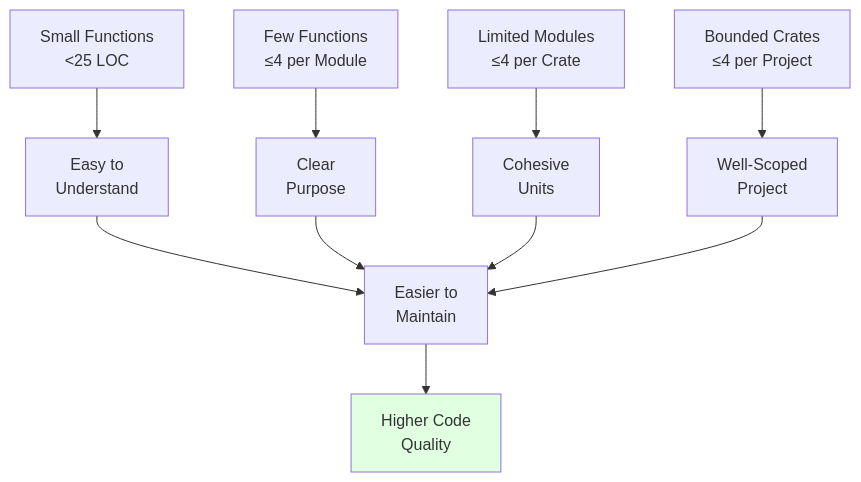
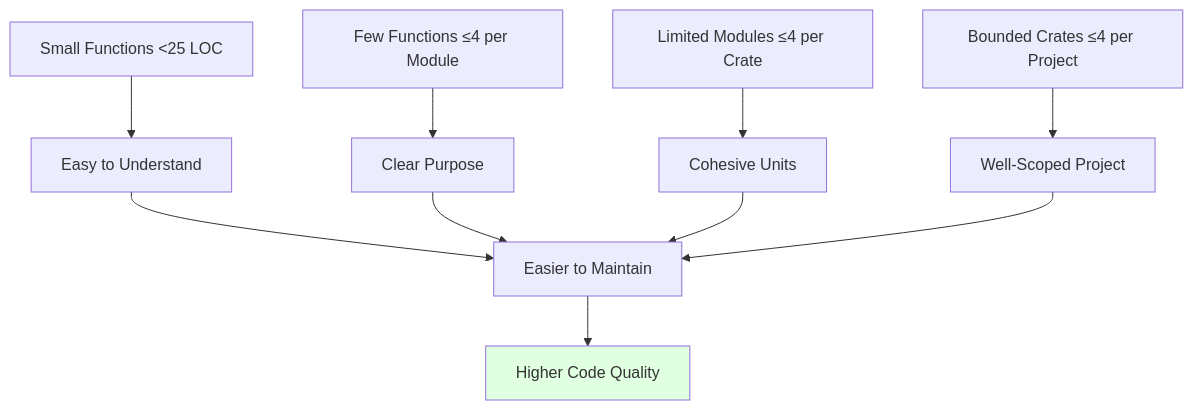
The first of 3 diagrams in wiki/Modularity-Checks.md (softwarewrighter/sw-checklist), drawn with Mermaid before and after one commit. The commit also changed other lines of this file and 7 other files, not shown here.

````diff
--- a/wiki/Modularity-Checks.md
+++ b/wiki/Modularity-Checks.md
@@ -13,16 +13,16 @@
 ```mermaid
 graph TD
-    Small[Small Functions<br/><25 LOC] --> Easy[Easy to<br/>Understand]
-    Few[Few Functions<br/>≤4 per Module] --> Clear[Clear<br/>Purpose]
-    Limited[Limited Modules<br/>≤4 per Crate] --> Cohesive[Cohesive<br/>Units]
-    Bounded[Bounded Crates<br/>≤4 per Project] --> Scoped[Well-Scoped<br/>Project]
+    Small[Small Functions <25 LOC] --> Easy[Easy to Understand]
+    Few[Few Functions ≤4 per Module] --> Clear[Clear Purpose]
+    Limited[Limited Modules ≤4 per Crate] --> Cohesive[Cohesive Units]
+    Bounded[Bounded Crates ≤4 per Project] --> Scoped[Well-Scoped Project]
 
-    Easy --> Maintain[Easier to<br/>Maintain]
+    Easy --> Maintain[Easier to Maintain]
     Clear --> Maintain
     Cohesive --> Maintain
     Scoped --> Maintain
 
-    Maintain --> Quality[Higher Code<br/>Quality]
+    Maintain --> Quality[Higher Code Quality]
 
     style Quality fill:#e1ffe1
 ```
````
